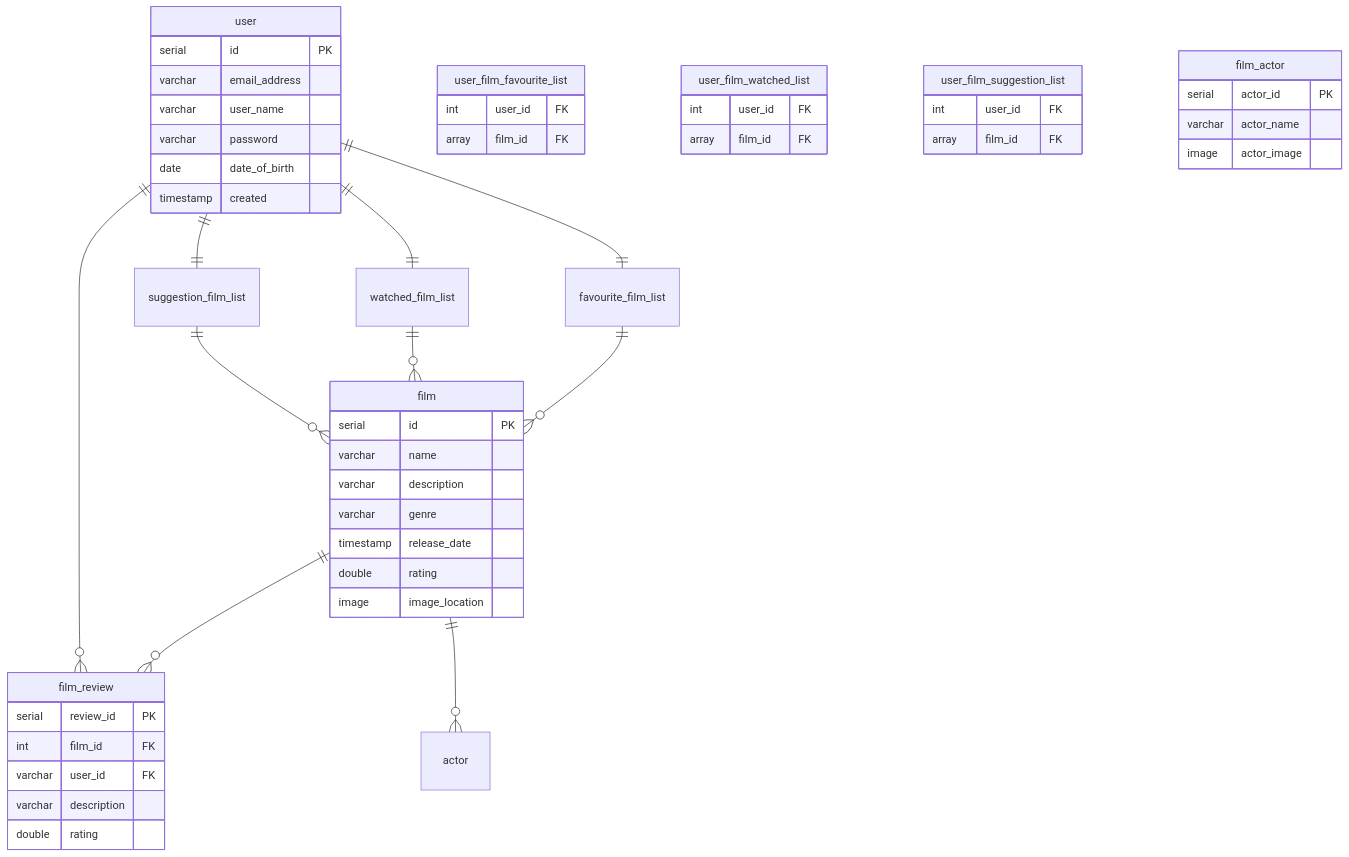
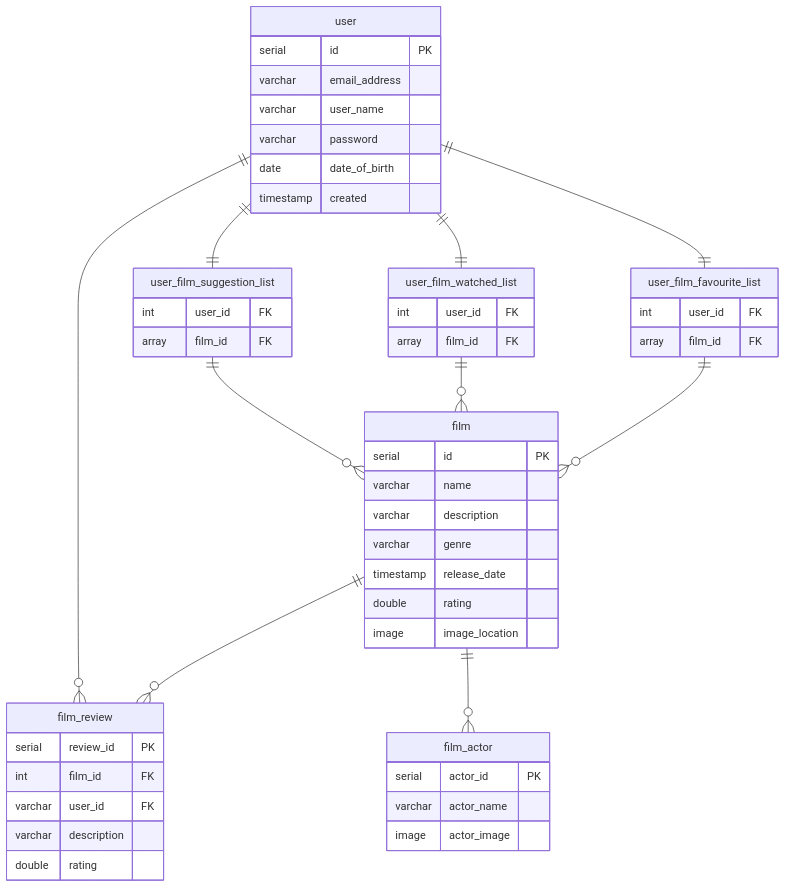
One commit to Niall96/HeresAFilm changed the second of 2 diagrams in README.md. Above: the diagram before and after it, drawn with Mermaid.

````diff
--- a/README.md
+++ b/README.md
@@ -44,54 +44,54 @@
 ```mermaid
 erDiagram 
- user ||--|| favourite_film_list : ""
- user ||--|| suggestion_film_list : ""
- user ||--|| watched_film_list: ""
- favourite_film_list ||--o{ film : ""
- watched_film_list ||--o{ film : ""
- suggestion_film_list ||--o{ film : ""
+ user ||--|| user_film_favourite_list : ""
+ user ||--|| user_film_suggestion_list : ""
+ user ||--|| user_film_watched_list: ""
+ user_film_favourite_list ||--o{ film : ""
+ user_film_watched_list ||--o{ film : ""
+ user_film_suggestion_list ||--o{ film : ""
  film ||--o{ film_review : ""
- film ||--o{ actor : ""
+ film ||--o{ film_actor : ""
  user ||--o{ film_review : ""
  
  user {
         serial id PK
         varchar email_address
         varchar user_name
         varchar password
         date date_of_birth
         timestamp created
     }
  user_film_favourite_list {
                  int user_id FK
                  array film_id FK
               }
  user_film_watched_list {
                  int user_id FK
                  array film_id FK
               }
  user_film_suggestion_list {
                   int user_id FK
                   array film_id FK
                }
  film {
       serial id PK
       varchar name
       varchar description
       varchar genre
       timestamp release_date
       double rating
       image image_location
       }
  film_review {
              serial review_id PK
              int film_id FK
              varchar user_id FK
              varchar description
              double rating
            }
  film_actor {
        serial actor_id PK
        varchar actor_name
        image actor_image
      }
 ```
````
